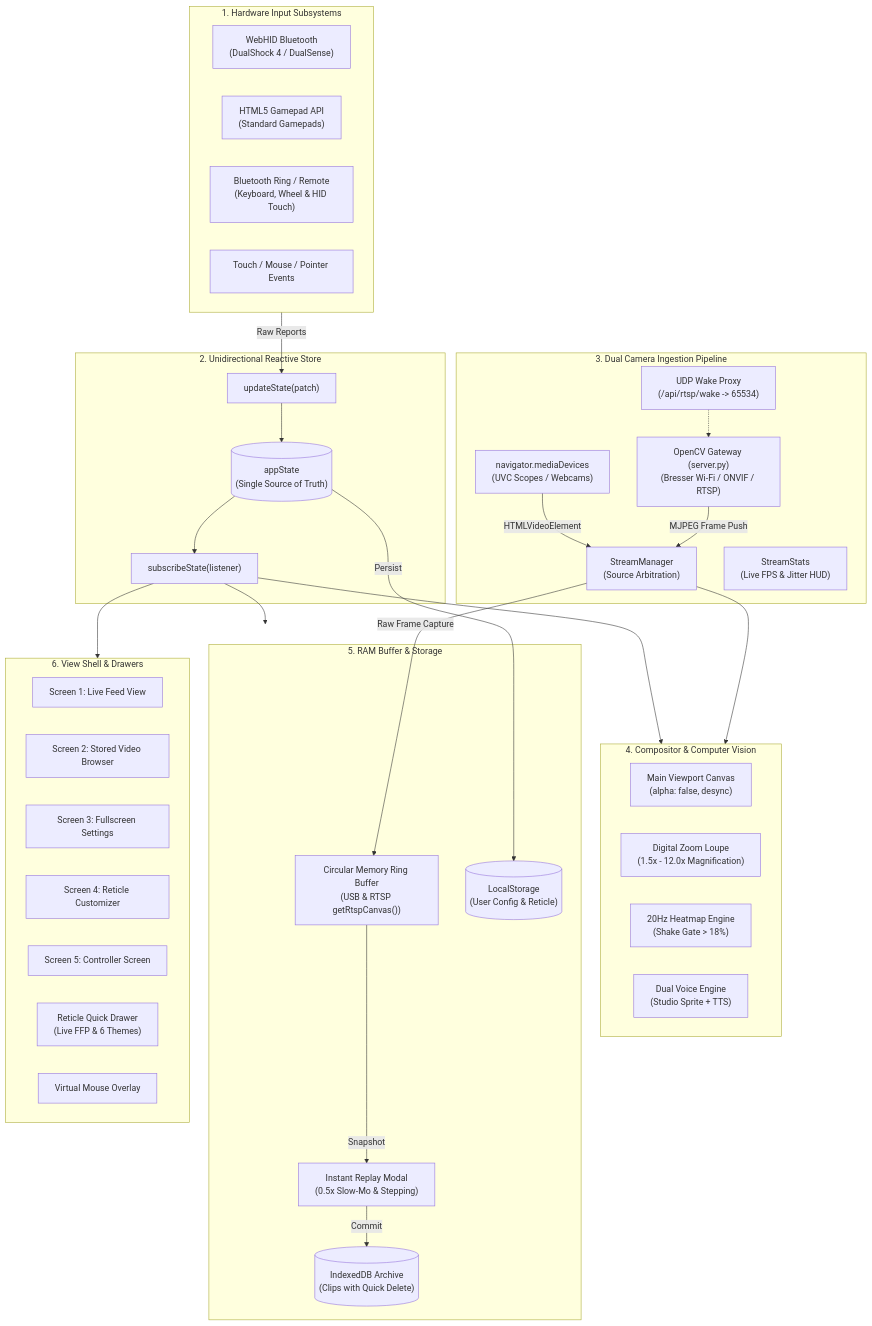
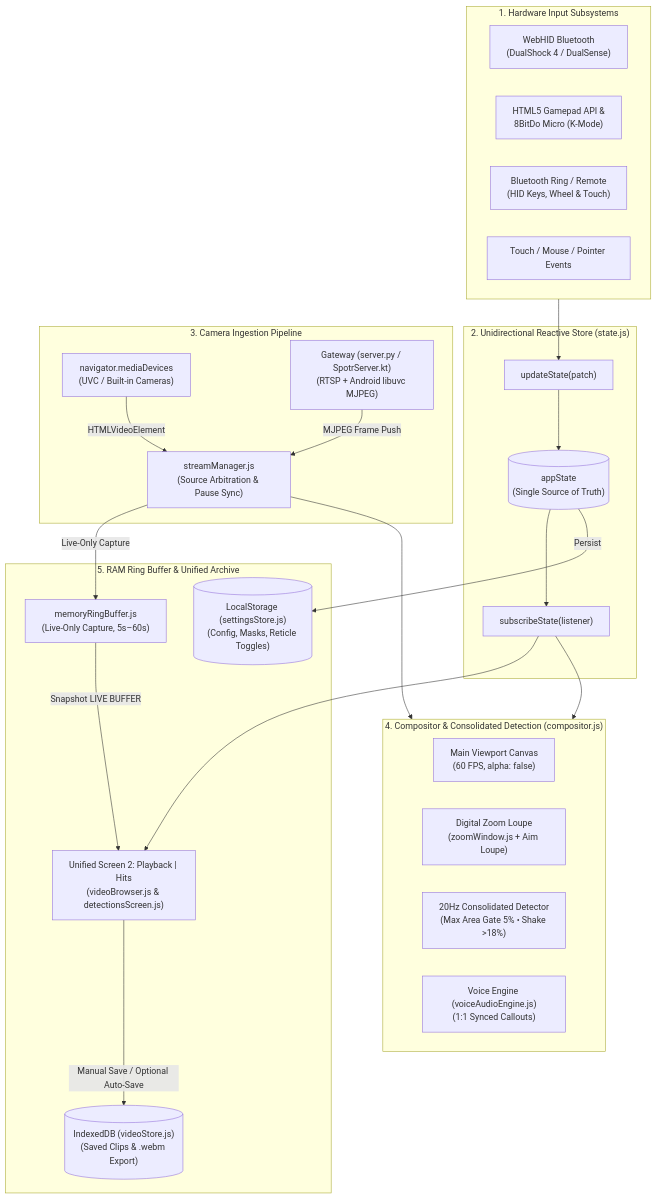
The first of 2 diagrams in docs/ARCHITECTURE.md (animaniac3k/EagleVision), drawn with Mermaid before and after one commit. The commit also changed other lines of this file and 16 other files, not shown here.

Commit message:
fix(buffer,ui,docs,android): live-only ring buffer pause, dead replayActive cleanup, visual user manual, and Android v0.59.0 (v0.1.11)

````diff
--- a/docs/ARCHITECTURE.md
+++ b/docs/ARCHITECTURE.md
@@ -37,62 +27,48 @@
 ```mermaid
 flowchart TD
     subgraph Inputs["1. Hardware Input Subsystems"]
         BT["WebHID Bluetooth<br/>(DualShock 4 / DualSense)"]
-        GP["HTML5 Gamepad API<br/>(Standard Gamepads)"]
-        RING["Bluetooth Ring / Remote<br/>(Keyboard, Wheel & HID Touch)"]
+        GP["HTML5 Gamepad API &<br/>8BitDo Micro (K-Mode)"]
+        RING["Bluetooth Ring / Remote<br/>(HID Keys, Wheel & Touch)"]
         MOUSE["Touch / Mouse / Pointer Events"]
     end
 
-    subgraph Store["2. Unidirectional Reactive Store"]
+    subgraph Store["2. Unidirectional Reactive Store (state.js)"]
         STATE[("appState<br/>(Single Source of Truth)")]
         UPDATE["updateState(patch)"]
         SUB["subscribeState(listener)"]
     end
 
-    subgraph CameraEngine["3. Dual Camera Ingestion Pipeline"]
-        MEDIA["navigator.mediaDevices<br/>(UVC Scopes / Webcams)"]
-        RTSP_GW["OpenCV Gateway (server.py)<br/>(Bresser Wi-Fi / ONVIF / RTSP)"]
-        WAKE["UDP Wake Proxy<br/>(/api/rtsp/wake -> 65534)"]
-        STREAM["StreamManager<br/>(Source Arbitration)"]
-        STATS["StreamStats<br/>(Live FPS & Jitter HUD)"]
+    subgraph CameraEngine["3. Camera Ingestion Pipeline"]
+        MEDIA["navigator.mediaDevices<br/>(UVC / Built-in Cameras)"]
+        GW["Gateway (server.py / SpotrServer.kt)<br/>(RTSP + Android libuvc MJPEG)"]
+        STREAM["streamManager.js<br/>(Source Arbitration & Pause Sync)"]
     end
 
-    subgraph CompositorEngine["4. Compositor & Computer Vision"]
-        MAIN_C["Main Viewport Canvas<br/>(alpha: false, desync)"]
-        PIP_C["Digital Zoom Loupe<br/>(1.5x - 12.0x Magnification)"]
-        HEAT["20Hz Heatmap Engine<br/>(Shake Gate > 18%)"]
-        AUDIO["Dual Voice Engine<br/>(Studio Sprite + TTS)"]
+    subgraph CompositorEngine["4. Compositor & Consolidated Detection (compositor.js)"]
+        MAIN_C["Main Viewport Canvas<br/>(60 FPS, alpha: false)"]
+        PIP_C["Digital Zoom Loupe<br/>(zoomWindow.js + Aim Loupe)"]
+        HEAT["20Hz Consolidated Detector<br/>(Max Area Gate 5% • Shake >18%)"]
+        AUDIO["Voice Engine (voiceAudioEngine.js)<br/>(1:1 Synced Callouts)"]
     end
 
-    subgraph MemoryEngine["5. RAM Buffer & Storage"]
-        RAM["Circular Memory Ring Buffer<br/>(USB & RTSP getRtspCanvas())"]
-        REPLAY["Instant Replay Modal<br/>(0.5x Slow-Mo & Stepping)"]
-        IDB[("IndexedDB Archive<br/>(Clips with Quick Delete)")]
-        LOCAL[("LocalStorage<br/>(User Config & Reticle)")]
+    subgraph MemoryEngine["5. RAM Ring Buffer & Unified Archive"]
+        RAM["memoryRingBuffer.js<br/>(Live-Only Capture, 5s–60s)"]
+        PLAYBACK["Unified Screen 2: Playback | Hits<br/>(videoBrowser.js & detectionsScreen.js)"]
+        IDB[("IndexedDB (videoStore.js)<br/>(Saved Clips & .webm Export)")]
+        LOCAL[("LocalStorage (settingsStore.js)<br/>(Config, Masks, Reticle Toggles)")]
     end
 
-    subgraph UISubsystem["6. View Shell & Drawers"]
-        S_LIVE["Screen 1: Live Feed View"]
-        S_GALLERY["Screen 2: Stored Video Browser"]
-        S_SETTINGS["Screen 3: Fullscreen Settings"]
-        S_RETICLE["Screen 4: Reticle Customizer"]
-        S_CONTROLLER["Screen 5: Controller Screen"]
-        D_RETICLE["Reticle Quick Drawer<br/>(Live FFP & 6 Themes)"]
-        V_MOUSE["Virtual Mouse Overlay"]
-    end
-
-    Inputs -->|Raw Reports| UPDATE
-    WAKE -.-> RTSP_GW
-    RTSP_GW -->|MJPEG Frame Push| STREAM
+    Inputs --> UPDATE
+    GW -->|MJPEG Frame Push| STREAM
     MEDIA -->|HTMLVideoElement| STREAM
     STREAM --> CompositorEngine
-    STREAM -->|Raw Frame Capture| RAM
+    STREAM -->|Live-Only Capture| RAM
     UPDATE --> STATE
     STATE --> SUB
-    SUB --> UISubsystem
     SUB --> CompositorEngine
-    SUB --> MemoryEngine
-    RAM -->|Snapshot| REPLAY
-    REPLAY -->|Commit| IDB
+    SUB --> PLAYBACK
+    RAM -->|Snapshot LIVE BUFFER| PLAYBACK
+    PLAYBACK -->|Manual Save / Optional Auto-Save| IDB
     STATE -->|Persist| LOCAL
 ```
````
